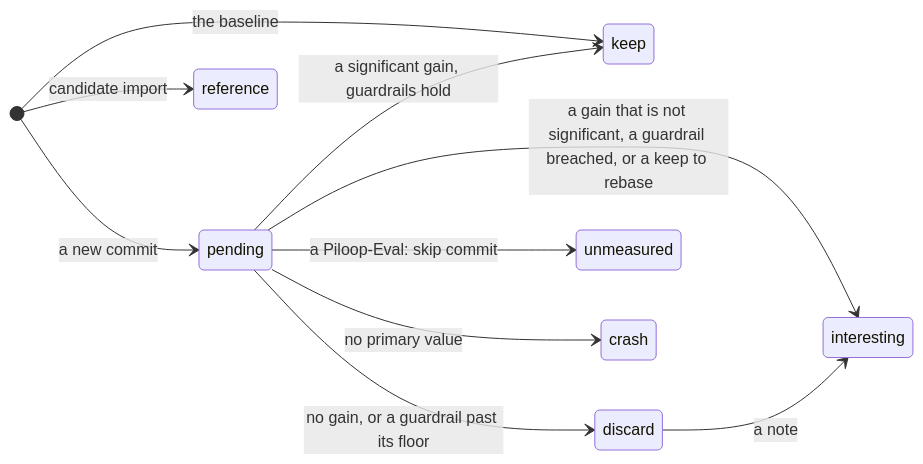
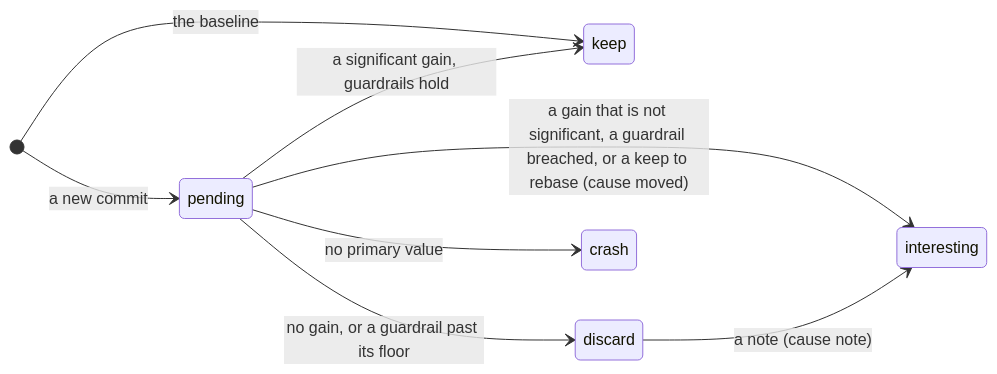
One commit to VatsaDev/piloop changed the fourth of 4 diagrams in docs/architecture/state-machines.mdx. Above: the diagram before and after it, drawn with Mermaid. The commit also changed other lines of this file and 66 other files, not shown here.

````diff
--- a/docs/architecture/state-machines.mdx
+++ b/docs/architecture/state-machines.mdx
@@ -84,13 +84,11 @@
 ```mermaid
 stateDiagram-v2
     direction LR
     [*] --> pending: a new commit
     [*] --> keep: the baseline
-    [*] --> reference: candidate import
     pending --> keep: a significant gain, guardrails hold
-    pending --> interesting: a gain that is not significant, a guardrail breached, or a keep to rebase
+    pending --> interesting: a gain that is not significant, a guardrail breached, or a keep to rebase (cause moved)
     pending --> discard: no gain, or a guardrail past its floor
-    pending --> unmeasured: a Piloop-Eval: skip commit
     pending --> crash: no primary value
-    discard --> interesting: a note
+    discard --> interesting: a note (cause note)
 ```
````
